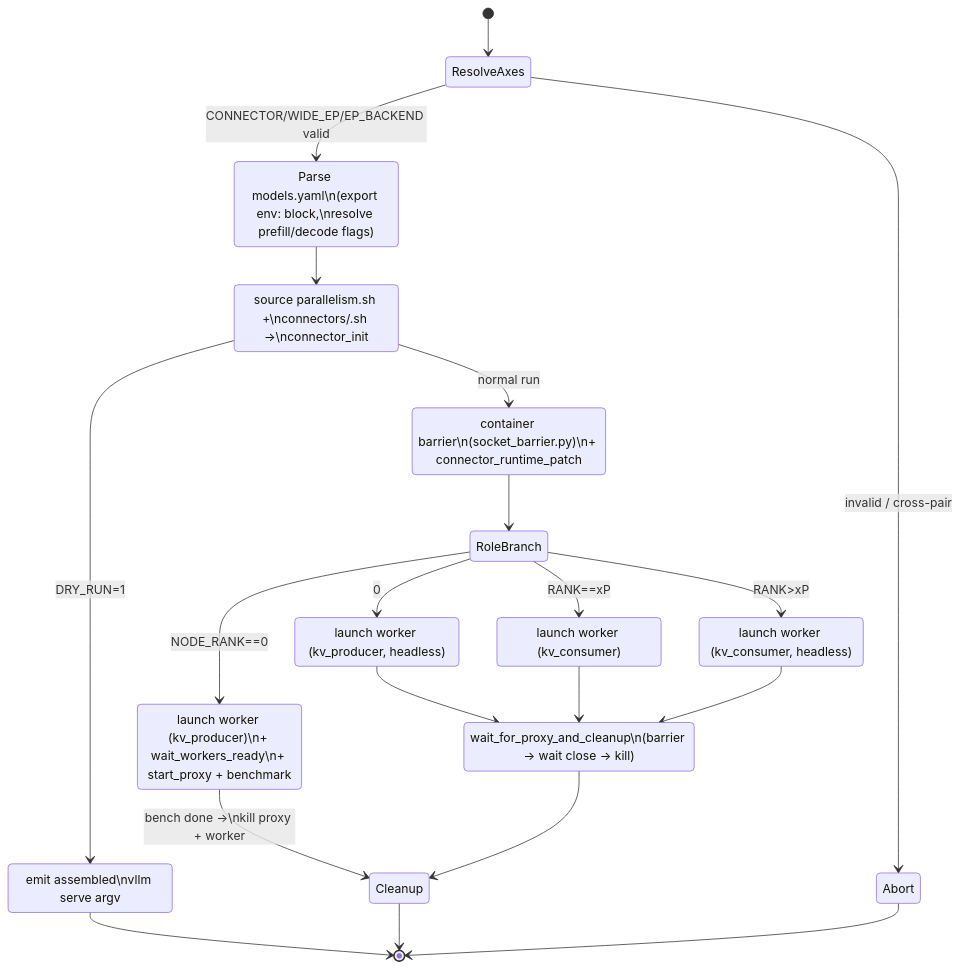
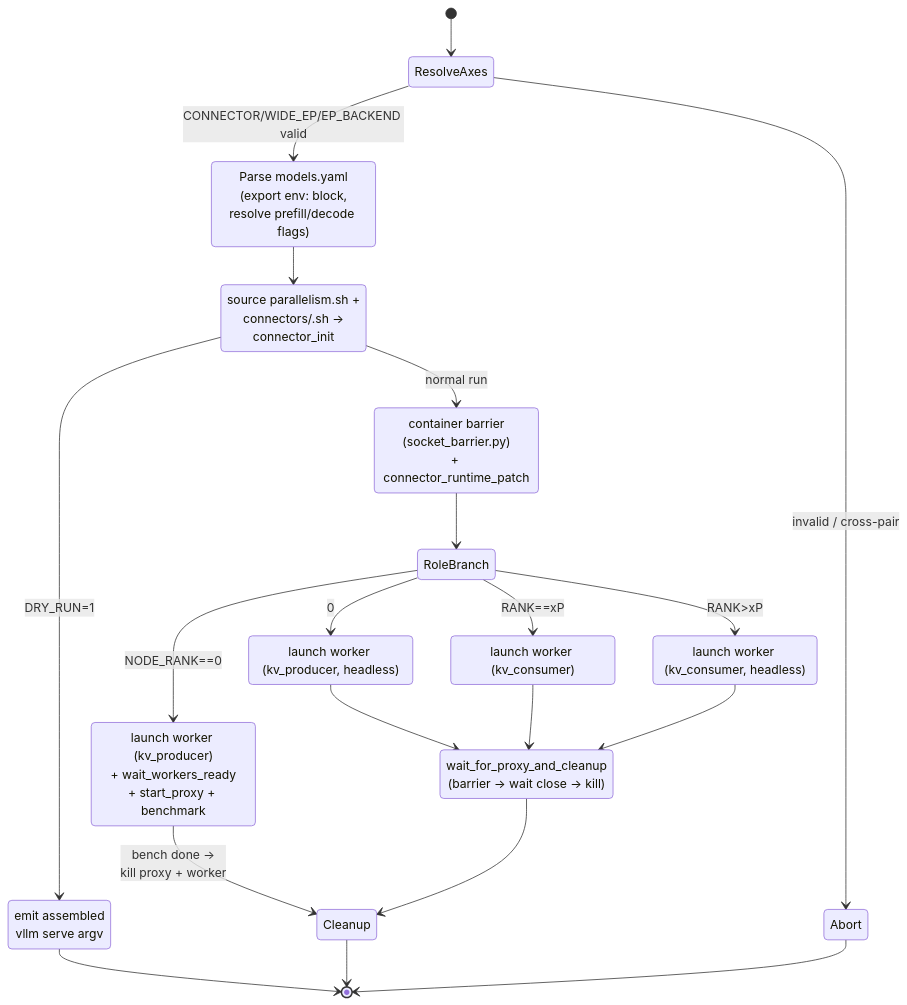
Before and after one commit to ROCm/MAD: the fourth of 6 diagrams in scripts/vllm_dissag/ARCHITECTURE.md, drawn with Mermaid. The commit also changed other lines of this file and 1 other file, not shown here.

First line of the commit message:
vllm_dissag: fix doc accuracy + mermaid rendering

````diff
--- a/scripts/vllm_dissag/ARCHITECTURE.md
+++ b/scripts/vllm_dissag/ARCHITECTURE.md
@@ -114,37 +114,37 @@
 ```mermaid
 stateDiagram-v2
     [*] --> ResolveAxes
     ResolveAxes --> ParseModel: CONNECTOR/WIDE_EP/EP_BACKEND valid
     ResolveAxes --> Abort: invalid / cross-pair
-    ParseModel: Parse models.yaml\n(export env: block,\nresolve prefill/decode flags)
+    ParseModel: Parse models.yaml<br/>(export env: block,<br/>resolve prefill/decode flags)
     ParseModel --> LoadProfiles
-    LoadProfiles: source parallelism.sh +\nconnectors/<CONNECTOR>.sh →\nconnector_init
+    LoadProfiles: source parallelism.sh +<br/>connectors/<CONNECTOR>.sh →<br/>connector_init
 
     LoadProfiles --> DryRunEmit: DRY_RUN=1
-    DryRunEmit: emit assembled\nvllm serve argv
+    DryRunEmit: emit assembled<br/>vllm serve argv
     DryRunEmit --> [*]
 
     LoadProfiles --> Barrier: normal run
-    Barrier: container barrier\n(socket_barrier.py)\n+ connector_runtime_patch
+    Barrier: container barrier<br/>(socket_barrier.py)<br/>+ connector_runtime_patch
     Barrier --> RoleBranch
 
     state RoleBranch <<choice>>
     RoleBranch --> PrefillMaster: NODE_RANK==0
     RoleBranch --> PrefillChild: 0<RANK<xP
     RoleBranch --> DecodeMaster: RANK==xP
     RoleBranch --> DecodeChild: RANK>xP
 
-    PrefillMaster: launch worker (kv_producer)\n+ wait_workers_ready\n+ start_proxy + benchmark
+    PrefillMaster: launch worker (kv_producer)<br/>+ wait_workers_ready<br/>+ start_proxy + benchmark
     PrefillChild: launch worker (kv_producer, headless)
     DecodeMaster: launch worker (kv_consumer)
     DecodeChild: launch worker (kv_consumer, headless)
 
-    PrefillMaster --> Cleanup: bench done →\nkill proxy + worker
+    PrefillMaster --> Cleanup: bench done →<br/>kill proxy + worker
     PrefillChild --> WaitProxy
     DecodeMaster --> WaitProxy
     DecodeChild --> WaitProxy
-    WaitProxy: wait_for_proxy_and_cleanup\n(barrier → wait close → kill)
+    WaitProxy: wait_for_proxy_and_cleanup<br/>(barrier → wait close → kill)
     WaitProxy --> Cleanup
     Cleanup --> [*]
     Abort --> [*]
 ```
````
